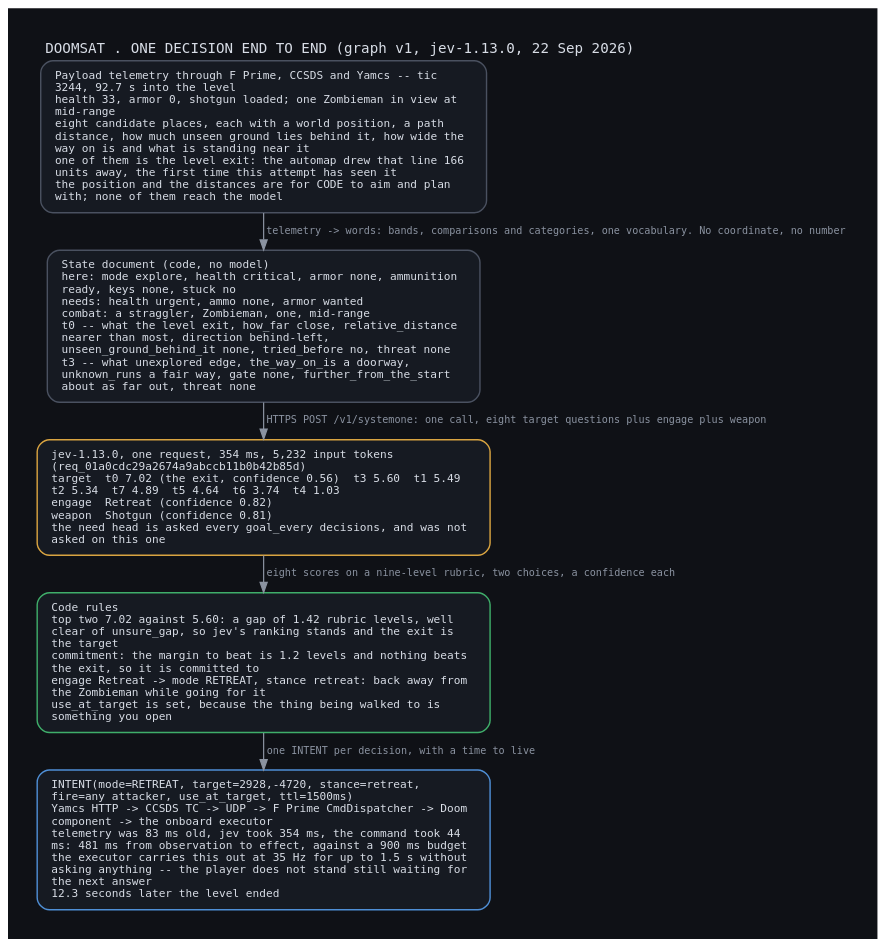
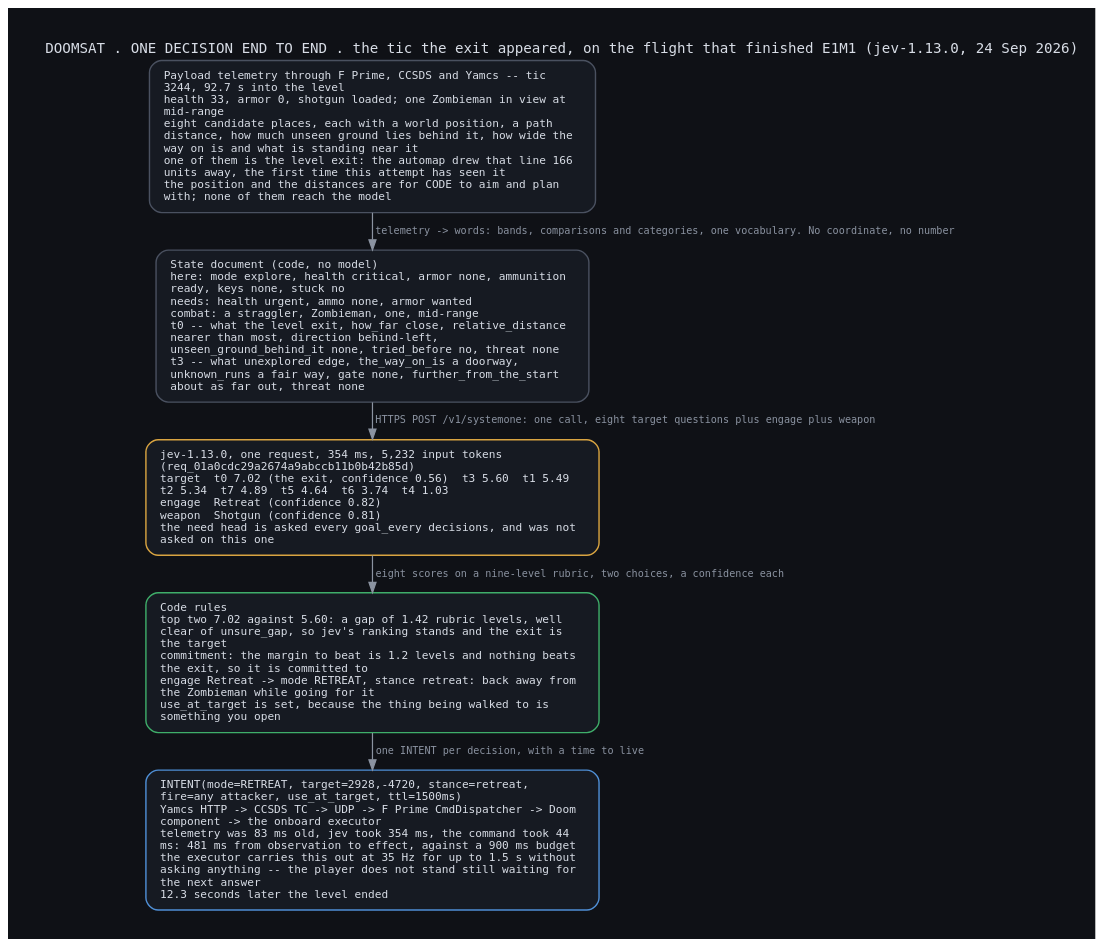
One commit to Devonance/DoomSat changed the diagram in docs/diagrams/decision_flow.dot. Above: the diagram before and after it, drawn with Graphviz. The commit also changed 10 other files, not shown here.

```diff
--- a/docs/diagrams/decision_flow.dot
+++ b/docs/diagrams/decision_flow.dot
@@ -1,15 +1,15 @@
 digraph F {
   graph [bgcolor="#0f1116", rankdir=TB, fontname="DejaVu Sans Mono", fontcolor="#d8dde6", labelloc=t, labeljust=l, nodesep=0.3, ranksep=0.35, pad=0.4,
-         label="DOOMSAT . ONE DECISION END TO END (graph v1, jev-1.13.0, 22 Sep 2026)\l"];
+         label="DOOMSAT . ONE DECISION END TO END . the tic the exit appeared, on the flight that finished E1M1 (jev-1.13.0, 24 Sep 2026)\l"];
   node [shape=box, style="rounded,filled", fillcolor="#161a22", fontname="DejaVu Sans Mono", fontsize=11, fontcolor="#d8dde6", penwidth=1.4, margin="0.2,0.12"];
   edge [color="#8b93a1", fontname="DejaVu Sans Mono", fontsize=10, fontcolor="#8b93a1", penwidth=1.2];
   b0 [label="Payload telemetry through F Prime, CCSDS and Yamcs -- tic\l3244, 92.7 s into the level\lhealth 33, armor 0, shotgun loaded; one Zombieman in view at\lmid-range\leight candidate places, each with a world position, a path\ldistance, how much unseen ground lies behind it, how wide the\lway on is and what is standing near it\lone of them is the level exit: the automap drew that line 166\lunits away, the first time this attempt has seen it\lthe position and the distances are for CODE to aim and plan\lwith; none of them reach the model\l", color="#4a5160"];
   b1 [label="State document (code, no model)\lhere: mode explore, health critical, armor none, ammunition\lready, keys none, stuck no\lneeds: health urgent, ammo none, armor wanted\lcombat: a straggler, Zombieman, one, mid-range\lt0 -- what the level exit, how_far close, relative_distance\lnearer than most, direction behind-left,\lunseen_ground_behind_it none, tried_before no, threat none\lt3 -- what unexplored edge, the_way_on_is a doorway,\lunknown_runs a fair way, gate none, further_from_the_start\labout as far out, threat none\l", color="#4a5160"];
   b2 [label="jev-1.13.0, one request, 354 ms, 5,232 input tokens\l(req_01a0cdc29a2674a9abccb11b0b42b85d)\ltarget  t0 7.02 (the exit, confidence 0.56)  t3 5.60  t1 5.49\lt2 5.34  t7 4.89  t5 4.64  t6 3.74  t4 1.03\lengage  Retreat (confidence 0.82)\lweapon  Shotgun (confidence 0.81)\lthe need head is asked every goal_every decisions, and was not\lasked on this one\l", color="#d9a441"];
   b3 [label="Code rules\ltop two 7.02 against 5.60: a gap of 1.42 rubric levels, well\lclear of unsure_gap, so jev's ranking stands and the exit is\lthe target\lcommitment: the margin to beat is 1.2 levels and nothing beats\lthe exit, so it is committed to\lengage Retreat -> mode RETREAT, stance retreat: back away from\lthe Zombieman while going for it\luse_at_target is set, because the thing being walked to is\lsomething you open\l", color="#3fae6a"];
   b4 [label="INTENT(mode=RETREAT, target=2928,-4720, stance=retreat,\lfire=any attacker, use_at_target, ttl=1500ms)\lYamcs HTTP -> CCSDS TC -> UDP -> F Prime CmdDispatcher -> Doom\lcomponent -> the onboard executor\ltelemetry was 83 ms old, jev took 354 ms, the command took 44\lms: 481 ms from observation to effect, against a 900 ms budget\lthe executor carries this out at 35 Hz for up to 1.5 s without\lasking anything -- the player does not stand still waiting for\lthe next answer\l12.3 seconds later the level ended\l", color="#4f8fd6"];
   b0 -> b1 [label=" telemetry -> words: bands, comparisons and categories, one vocabulary. No coordinate, no number"];
   b1 -> b2 [label=" HTTPS POST /v1/systemone: one call, eight target questions plus engage plus weapon"];
   b2 -> b3 [label=" eight scores on a nine-level rubric, two choices, a confidence each"];
   b3 -> b4 [label=" one INTENT per decision, with a time to live"];
 }
```
